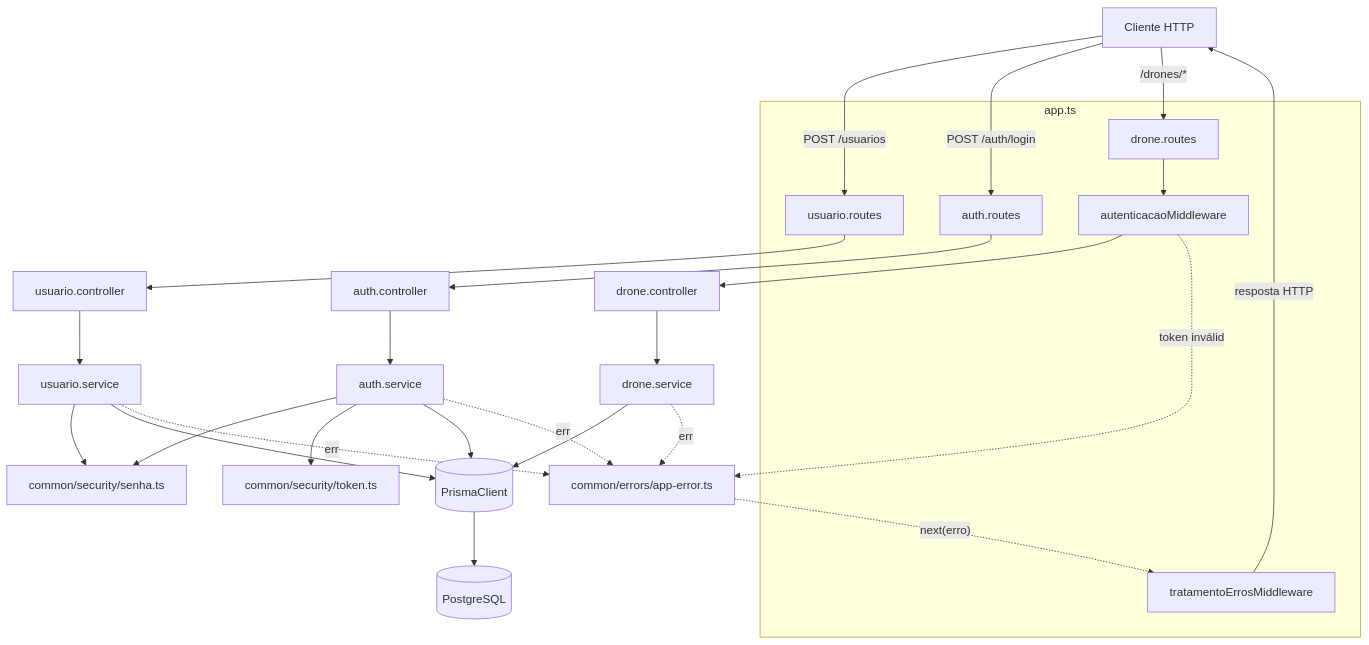
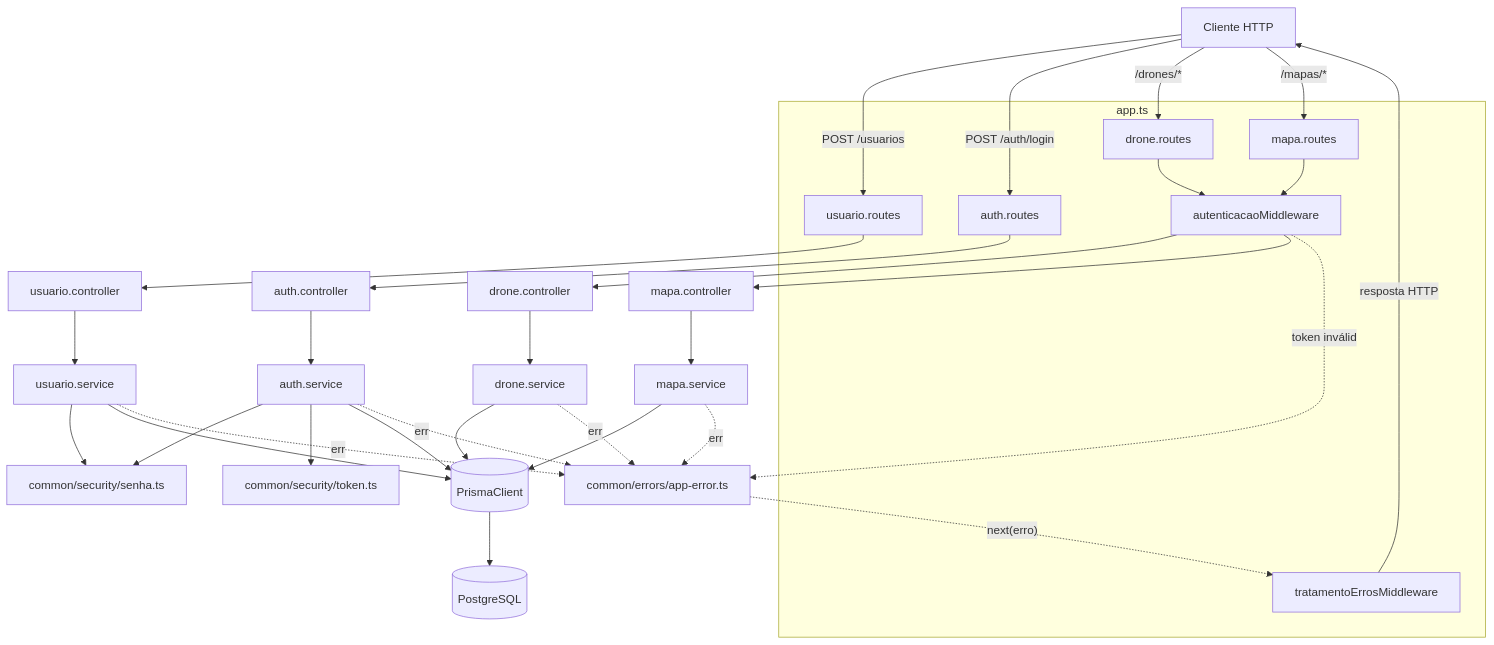
Before and after one commit to hugodanielkj/drone-route-optimization-backend: the diagram in docs/architecture/visao-geral.md, drawn with Mermaid. The commit also changed other lines of this file and 17 other files, not shown here.

````diff
--- a/docs/architecture/visao-geral.md
+++ b/docs/architecture/visao-geral.md
@@ -34,46 +36,52 @@
 ```mermaid
 graph TD
     Client[Cliente HTTP]
 
     subgraph app.ts
         UsuarioRoutes[usuario.routes]
         AuthRoutes[auth.routes]
         DroneRoutes[drone.routes]
+        MapaRoutes[mapa.routes]
         AuthMW[autenticacaoMiddleware]
         ErroMW[tratamentoErrosMiddleware]
     end
 
     UsuarioController[usuario.controller]
     UsuarioService[usuario.service]
     AuthController[auth.controller]
     AuthService[auth.service]
     DroneController[drone.controller]
     DroneService[drone.service]
+    MapaController[mapa.controller]
+    MapaService[mapa.service]
 
     Senha[common/security/senha.ts]
     Token[common/security/token.ts]
     Errors[common/errors/app-error.ts]
 
     Prisma[(PrismaClient)]
     DB[(PostgreSQL)]
 
     Client -->|POST /usuarios| UsuarioRoutes --> UsuarioController --> UsuarioService
     Client -->|POST /auth/login| AuthRoutes --> AuthController --> AuthService
     Client -->|"/drones/*"| DroneRoutes --> AuthMW --> DroneController --> DroneService
+    Client -->|"/mapas/*"| MapaRoutes --> AuthMW --> MapaController --> MapaService
 
     UsuarioService --> Senha
     UsuarioService --> Prisma
     AuthService --> Senha
     AuthService --> Token
     AuthService --> Prisma
     DroneService --> Prisma
+    MapaService --> Prisma
 
     UsuarioService -.erro.-> Errors
     AuthService -.erro.-> Errors
     DroneService -.erro.-> Errors
+    MapaService -.erro.-> Errors
     AuthMW -.token inválido.-> Errors
     Errors -.next(erro).-> ErroMW
     ErroMW -->|resposta HTTP| Client
 
     Prisma --> DB
 ```
````
